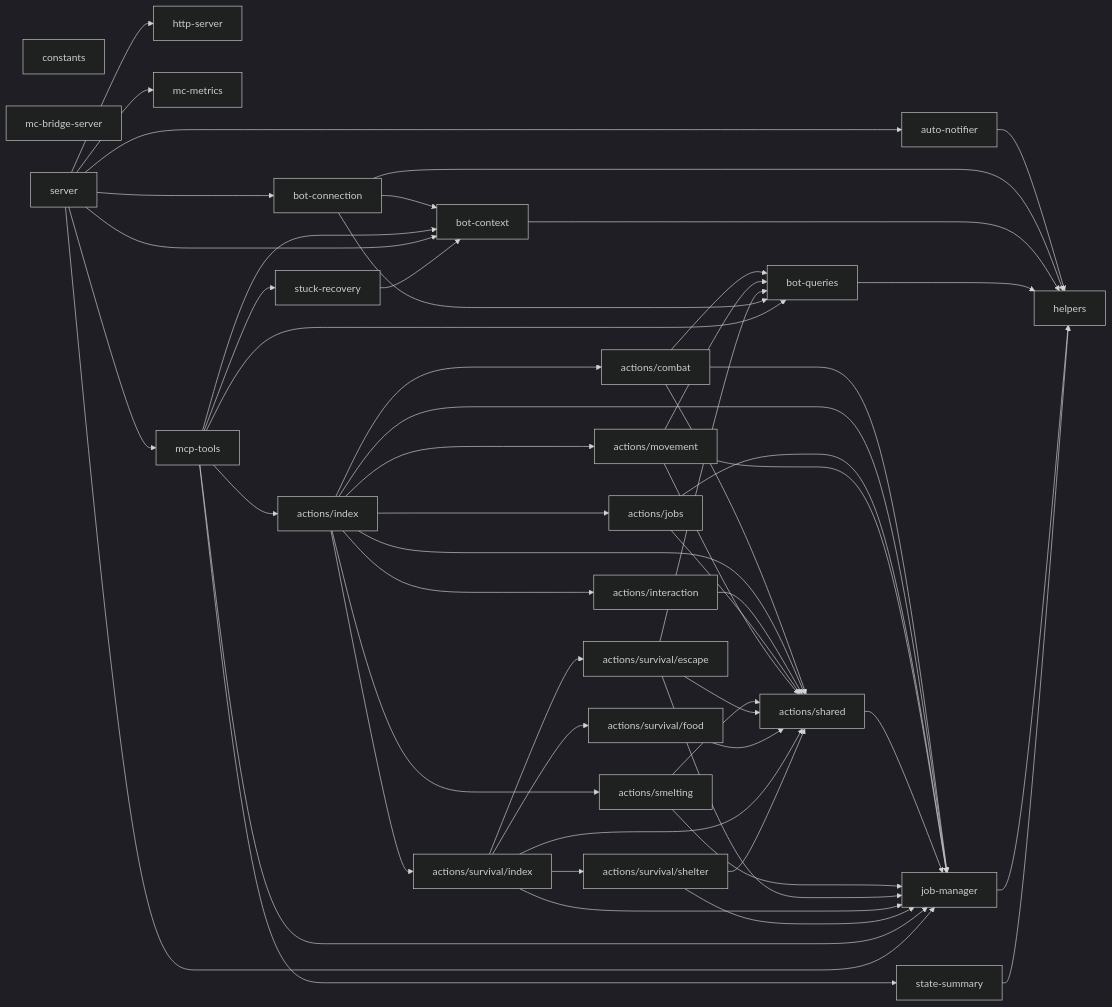
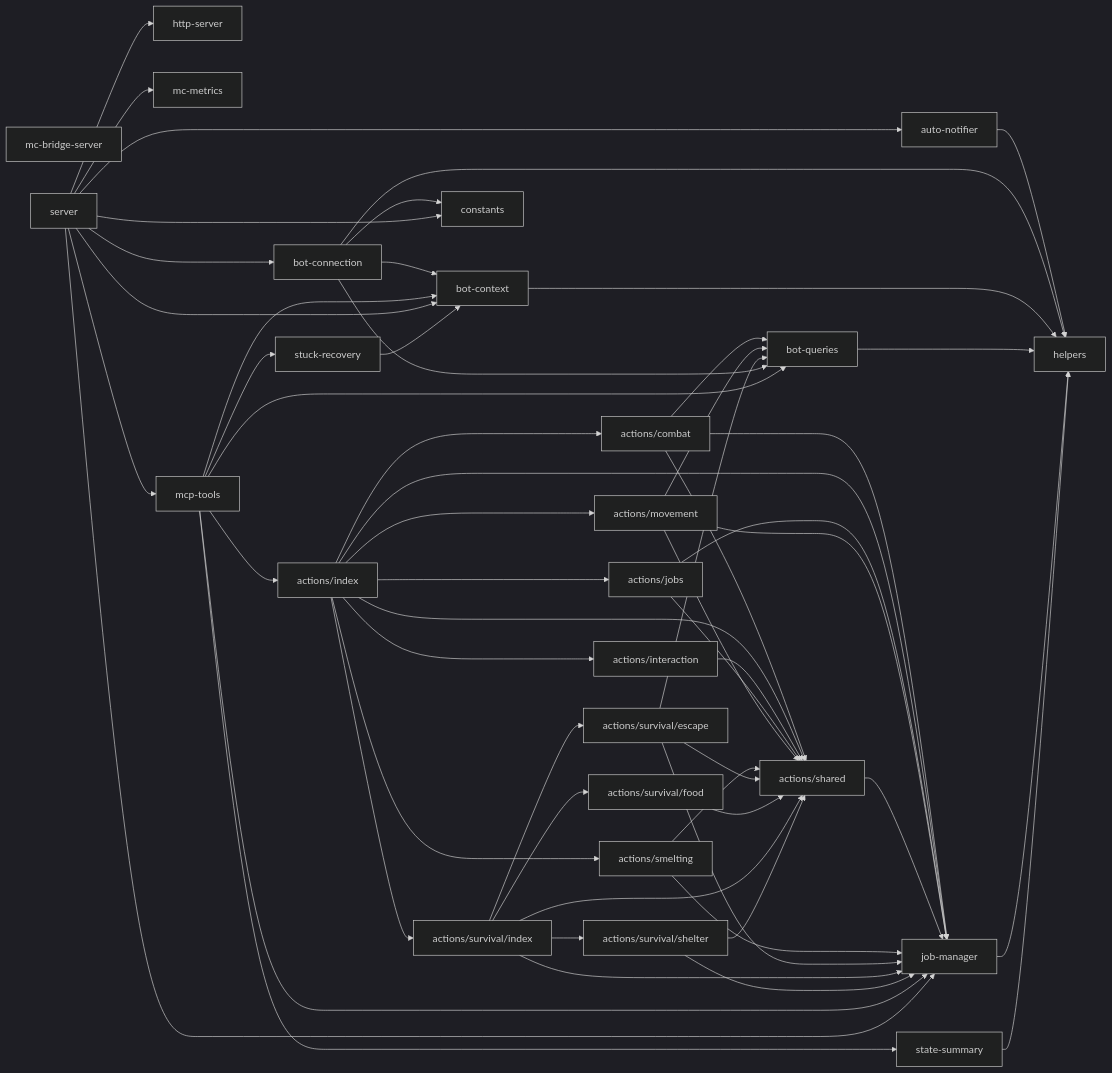
One commit to OJII3/vicissitude changed the diagram in packages/minecraft/DEPS.md. Above: the diagram before and after it, drawn with Mermaid (dark theme). The commit also changed other lines of this file and 16 other files, not shown here.

````diff
--- a/packages/minecraft/DEPS.md
+++ b/packages/minecraft/DEPS.md
@@ -7,61 +7,63 @@
 ```mermaid
 graph LR
   actions_combat["actions/combat"] --> actions_shared["actions/shared"]
   actions_combat["actions/combat"] --> bot_queries["bot-queries"]
   actions_combat["actions/combat"] --> job_manager["job-manager"]
   actions_index["actions/index"] --> actions_combat["actions/combat"]
   actions_index["actions/index"] --> actions_interaction["actions/interaction"]
   actions_index["actions/index"] --> actions_jobs["actions/jobs"]
   actions_index["actions/index"] --> actions_movement["actions/movement"]
   actions_index["actions/index"] --> actions_shared["actions/shared"]
   actions_index["actions/index"] --> actions_smelting["actions/smelting"]
   actions_index["actions/index"] --> actions_survival_index["actions/survival/index"]
   actions_index["actions/index"] --> job_manager["job-manager"]
   actions_interaction["actions/interaction"] --> actions_shared["actions/shared"]
   actions_jobs["actions/jobs"] --> actions_shared["actions/shared"]
   actions_jobs["actions/jobs"] --> job_manager["job-manager"]
   actions_movement["actions/movement"] --> actions_shared["actions/shared"]
   actions_movement["actions/movement"] --> bot_queries["bot-queries"]
   actions_movement["actions/movement"] --> job_manager["job-manager"]
   actions_shared["actions/shared"] --> job_manager["job-manager"]
   actions_smelting["actions/smelting"] --> actions_shared["actions/shared"]
   actions_smelting["actions/smelting"] --> job_manager["job-manager"]
   actions_survival_escape["actions/survival/escape"] --> actions_shared["actions/shared"]
   actions_survival_escape["actions/survival/escape"] --> bot_queries["bot-queries"]
   actions_survival_escape["actions/survival/escape"] --> job_manager["job-manager"]
   actions_survival_food["actions/survival/food"] --> actions_shared["actions/shared"]
   actions_survival_index["actions/survival/index"] --> actions_shared["actions/shared"]
   actions_survival_index["actions/survival/index"] --> actions_survival_escape["actions/survival/escape"]
   actions_survival_index["actions/survival/index"] --> actions_survival_food["actions/survival/food"]
   actions_survival_index["actions/survival/index"] --> actions_survival_shelter["actions/survival/shelter"]
   actions_survival_index["actions/survival/index"] --> job_manager["job-manager"]
   actions_survival_shelter["actions/survival/shelter"] --> actions_shared["actions/shared"]
   actions_survival_shelter["actions/survival/shelter"] --> job_manager["job-manager"]
   auto_notifier["auto-notifier"] --> helpers
   bot_connection["bot-connection"] --> bot_context["bot-context"]
   bot_connection["bot-connection"] --> bot_queries["bot-queries"]
+  bot_connection["bot-connection"] --> constants
   bot_connection["bot-connection"] --> helpers
   bot_context["bot-context"] --> helpers
   bot_queries["bot-queries"] --> helpers
   constants
   helpers
   http_server["http-server"]
   job_manager["job-manager"] --> helpers
   mc_bridge_server["mc-bridge-server"]
   mc_metrics["mc-metrics"]
   mcp_tools["mcp-tools"] --> actions_index["actions/index"]
   mcp_tools["mcp-tools"] --> bot_context["bot-context"]
   mcp_tools["mcp-tools"] --> bot_queries["bot-queries"]
   mcp_tools["mcp-tools"] --> job_manager["job-manager"]
   mcp_tools["mcp-tools"] --> state_summary["state-summary"]
   mcp_tools["mcp-tools"] --> stuck_recovery["stuck-recovery"]
   server --> auto_notifier["auto-notifier"]
   server --> bot_connection["bot-connection"]
   server --> bot_context["bot-context"]
+  server --> constants
   server --> http_server["http-server"]
   server --> job_manager["job-manager"]
   server --> mc_metrics["mc-metrics"]
   server --> mcp_tools["mcp-tools"]
   state_summary["state-summary"] --> helpers
   stuck_recovery["stuck-recovery"] --> bot_context["bot-context"]
 ```
````
